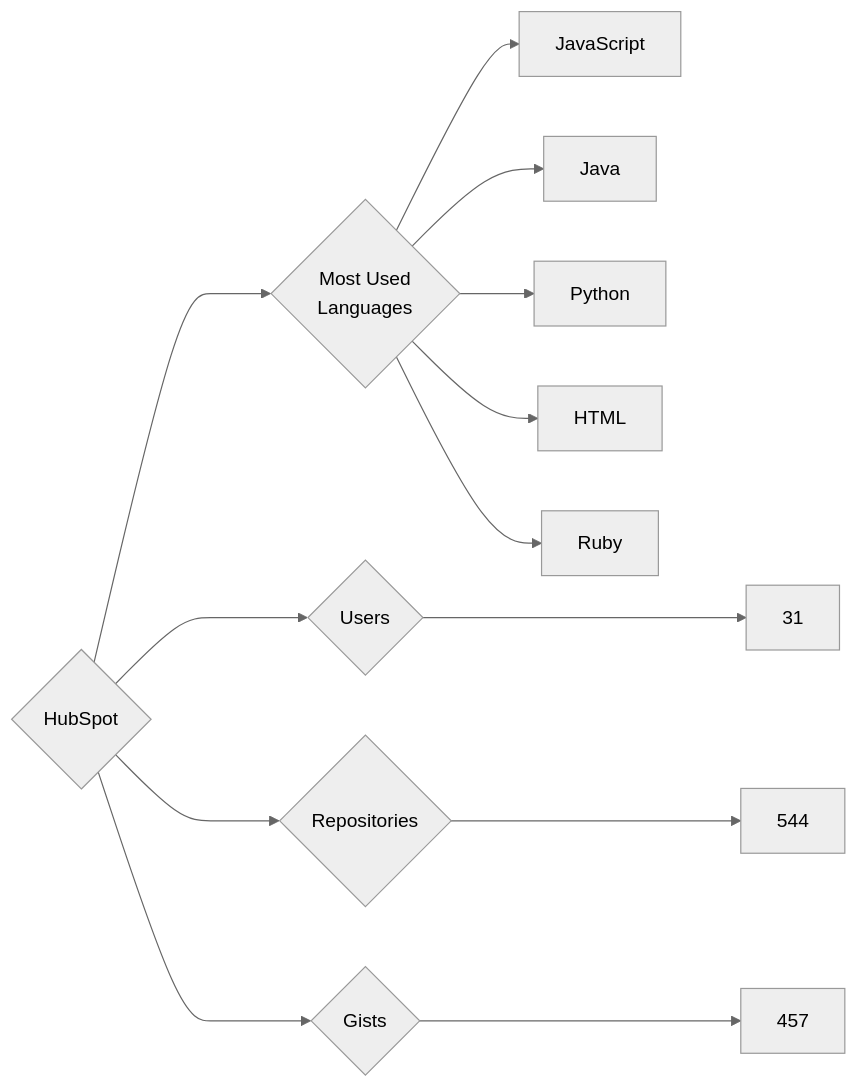
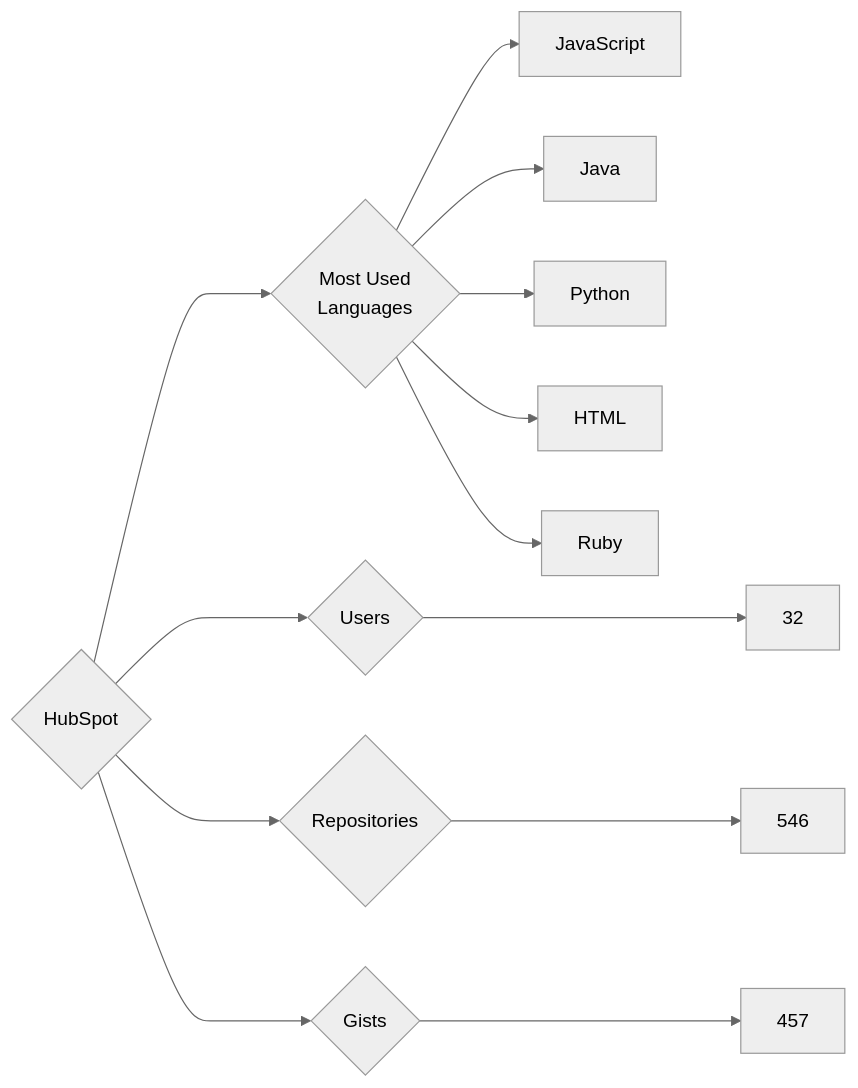
The diagram in targets/HubSpot/README.md (trickest/insiders), drawn with Mermaid (neutral theme) before and after one commit. The commit also changed 932 other files, not shown here.

````diff
--- a/targets/HubSpot/README.md
+++ b/targets/HubSpot/README.md
@@ -3,13 +3,13 @@
 ```mermaid
 graph LR
 COMPANY_NAME{HubSpot}
-COMPANY_NAME ---> U{Users} ---> UN[31]
-COMPANY_NAME ---> R{Repositories} ---> RN[544]
+COMPANY_NAME ---> U{Users} ---> UN[32]
+COMPANY_NAME ---> R{Repositories} ---> RN[546]
 COMPANY_NAME ---> G{Gists} ---> GN[457]
 COMPANY_NAME ---> ML{Most Used<br>Languages}
 ML --> JavaScript[JavaScript]
 ML --> Java[Java]
 ML --> Python[Python]
 ML --> HTML[HTML]
 ML --> Ruby[Ruby]
 ```
````
